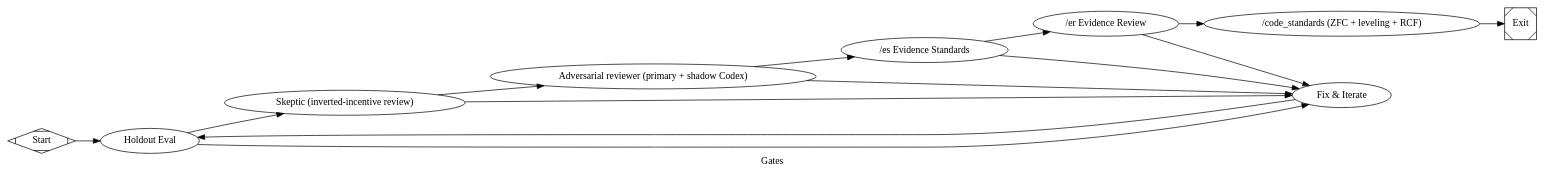
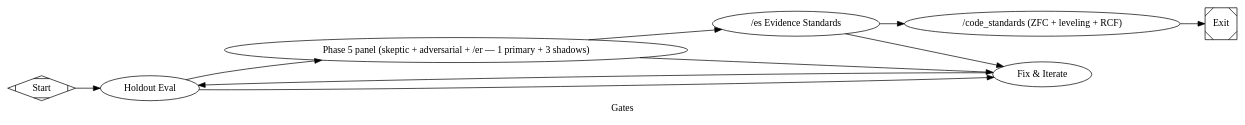
The diagram in pipelines/factory/gates.dot (jleechanorg/dark-factory), drawn with Graphviz before and after one commit. The commit also changed 8 other files, not shown here.

```diff
--- a/pipelines/factory/gates.dot
+++ b/pipelines/factory/gates.dot
@@ -1,85 +1,81 @@
 digraph gates {
     graph [
-        goal="Full validation: holdout + 3 adversarial gates."
+        goal="Full validation: holdout + Phase 5 N-shadow panel + /es + /code_standards."
         level5="true"
         label="Gates"
         skip_explore="true"
         skip_plan="true"
         skip_implement="true"
     ]
     rankdir=LR
 
     start [shape=Mdiamond, label="Start"]
     exit  [shape=Msquare,  label="Exit"]
 
     holdout         [type="holdout_eval",        label="Holdout Eval", feature="hello", timeout=600]
-    gate_skeptic [
-        type="gate_skeptic",
-        label="Skeptic (inverted-incentive review)",
-        backend_priority="codex,minimax,agy,claude-sonnet",
-        prefer_adversarial="true",
-        timeout=600
-    ]
-    adversarial_reviewer [
-        type="parallel_reviewer",
-        label="Adversarial reviewer (primary + shadow Codex)",
-        backend_priority="codex,minimax,agy,claude-sonnet",
-        prefer_adversarial="true",
-        timeout=600
-    ]
     gate_es [
         type="gate_es",
         label="/es Evidence Standards",
-        backend_priority="codex,minimax,agy,claude-sonnet",
-        prefer_adversarial="true",
-        gate_strict="true",
-        timeout=600
-    ]
-    gate_er [
-        type="gate_er",
-        label="/er Evidence Review",
         backend_priority="codex,minimax,agy,claude-sonnet",
         prefer_adversarial="true",
         gate_strict="true",
         timeout=600
     ]
     gate_cs [
         type="gate_code_standards",
         label="/code_standards (ZFC + leveling + RCF)",
         backend_priority="codex,minimax,agy,claude-sonnet",
         prefer_adversarial="true",
+        gate_strict="true",
+        timeout=600
+    ]
+
+    // ─── qw5: Phase 5 N-shadow fan-out (Beads: jleechan-qw5) ────────────────
+    // Pilot scope: collapse the prior holdout → gate_skeptic → adversarial_reviewer
+    // → gate_es → gate_er → gate_cs chain into
+    //   holdout → review_parallel_phase5 → gate_es → gate_cs
+    // where review_parallel_phase5 fans out ONE primary + THREE Codex shadow
+    // reviewers against a single combined prompt (skeptic + adversarial + /er
+    // roles). The runner applies the conservative coalesce: any error → error,
+    // any fail/partial/warn → failure, all-pass only → success.
+    //
+    // NOTE: the prior gate_skeptic / adversarial_reviewer / gate_er node
+    // DEFINITIONS are kept in this file's sibling graphs (slim/ etc.) for any
+    // pipeline that still references them. They were removed here because the
+    // runner enforces "no unreachable nodes from start" (parser.parse raises).
+    review_parallel_phase5 [
+        type="parallel_reviewer",
+        label="Phase 5 panel (skeptic + adversarial + /er — 1 primary + 3 shadows)",
+        prompt="@prompts/slim/review_parallel_phase5.md",
+        backend_priority="minimax,agy,codex,claude-sonnet",
+        prefer_adversarial="true",
+        n_shadows="3",
         gate_strict="true",
         timeout=600
     ]
 
     // Bounded fix loop: any reviewer verdict other than success routes here
     // so the run can iterate on the artifact rather than terminating on a
     // first failure (per factory-evolve G2 fix-loop contract).
     fix [
         type="codergen",
         label="Fix & Iterate",
         class="fix",
         prompt="@prompts/slim/fix.md",
         max_visits="3",
         timeout=600
     ]
 
     start -> holdout
-    holdout -> gate_skeptic [condition="outcome=success"]
-    holdout -> fix         [condition="outcome!=success"]
+    holdout -> review_parallel_phase5 [condition="outcome=success"]
+    holdout -> fix                    [condition="outcome!=success"]
 
-    gate_skeptic -> adversarial_reviewer [condition="outcome=success"]
-    gate_skeptic -> fix                  [condition="outcome!=success"]
+    review_parallel_phase5 -> gate_es [condition="outcome=success"]
+    review_parallel_phase5 -> fix     [condition="outcome!=success"]
 
-    adversarial_reviewer -> gate_es [condition="outcome=success"]
-    adversarial_reviewer -> fix     [condition="outcome!=success"]
-
-    gate_es -> gate_er [condition="outcome=success"]
+    gate_es -> gate_cs [condition="outcome=success"]
     gate_es -> fix     [condition="outcome!=success"]
-
-    gate_er -> gate_cs [condition="outcome=success"]
-    gate_er -> fix     [condition="outcome!=success"]
 
     gate_cs -> exit
     fix -> holdout
 }
```
